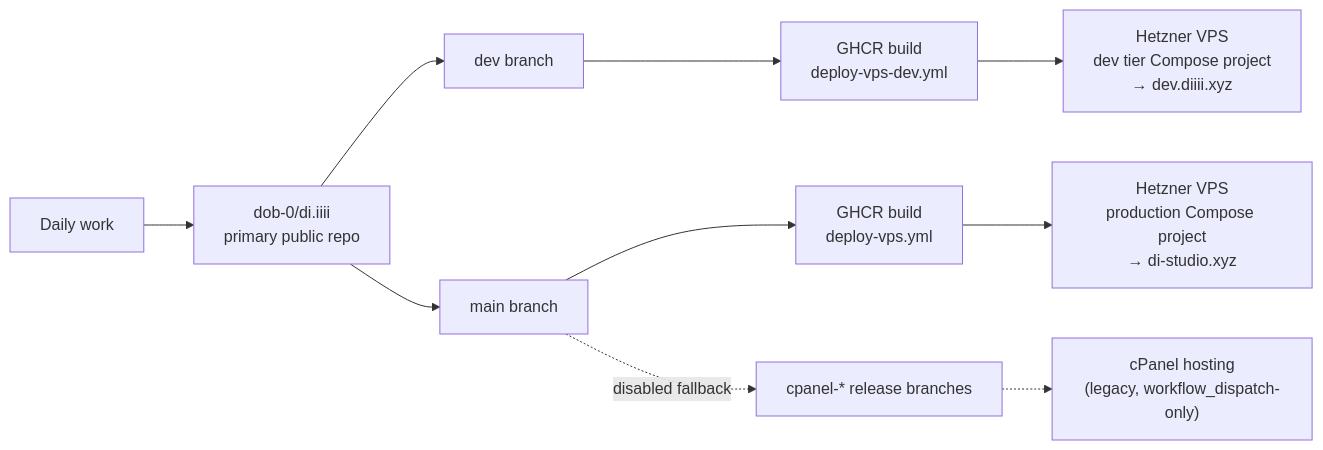
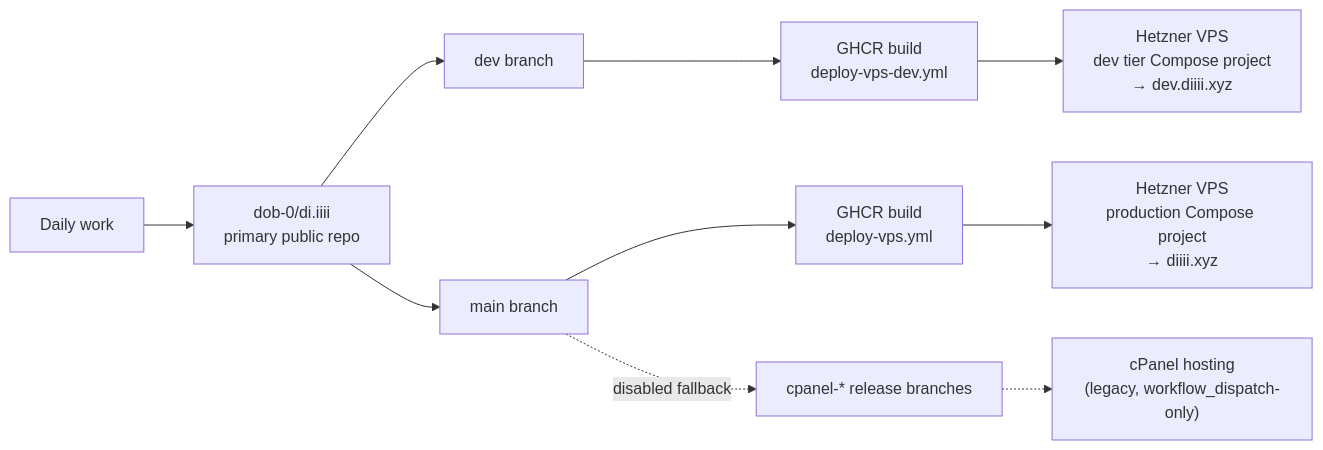
The diagram in README.md (dob-0/di.iiii), drawn with Mermaid before and after one commit. The commit also changed other lines of this file and 369 other files, not shown here.

````diff
--- a/README.md
+++ b/README.md
@@ -211,12 +211,12 @@
 ```mermaid
 flowchart LR
     work["Daily work"] --> dev["dob-0/di.iiii<br/>primary public repo"]
     dev --> branchDev["dev branch"]
     dev --> branchMain["main branch"]
     branchDev --> ghcrDev["GHCR build<br/>deploy-vps-dev.yml"]
     branchMain --> ghcrProd["GHCR build<br/>deploy-vps.yml"]
     ghcrDev --> vpsDev["Hetzner VPS<br/>dev tier Compose project<br/>→ dev.diiii.xyz"]
-    ghcrProd --> vpsProd["Hetzner VPS<br/>production Compose project<br/>→ di-studio.xyz"]
+    ghcrProd --> vpsProd["Hetzner VPS<br/>production Compose project<br/>→ diiii.xyz"]
     branchMain -.disabled fallback.-> release["cpanel-* release branches"]
     release -.-> hosting["cPanel hosting<br/>(legacy, workflow_dispatch-only)"]
 ```
````
